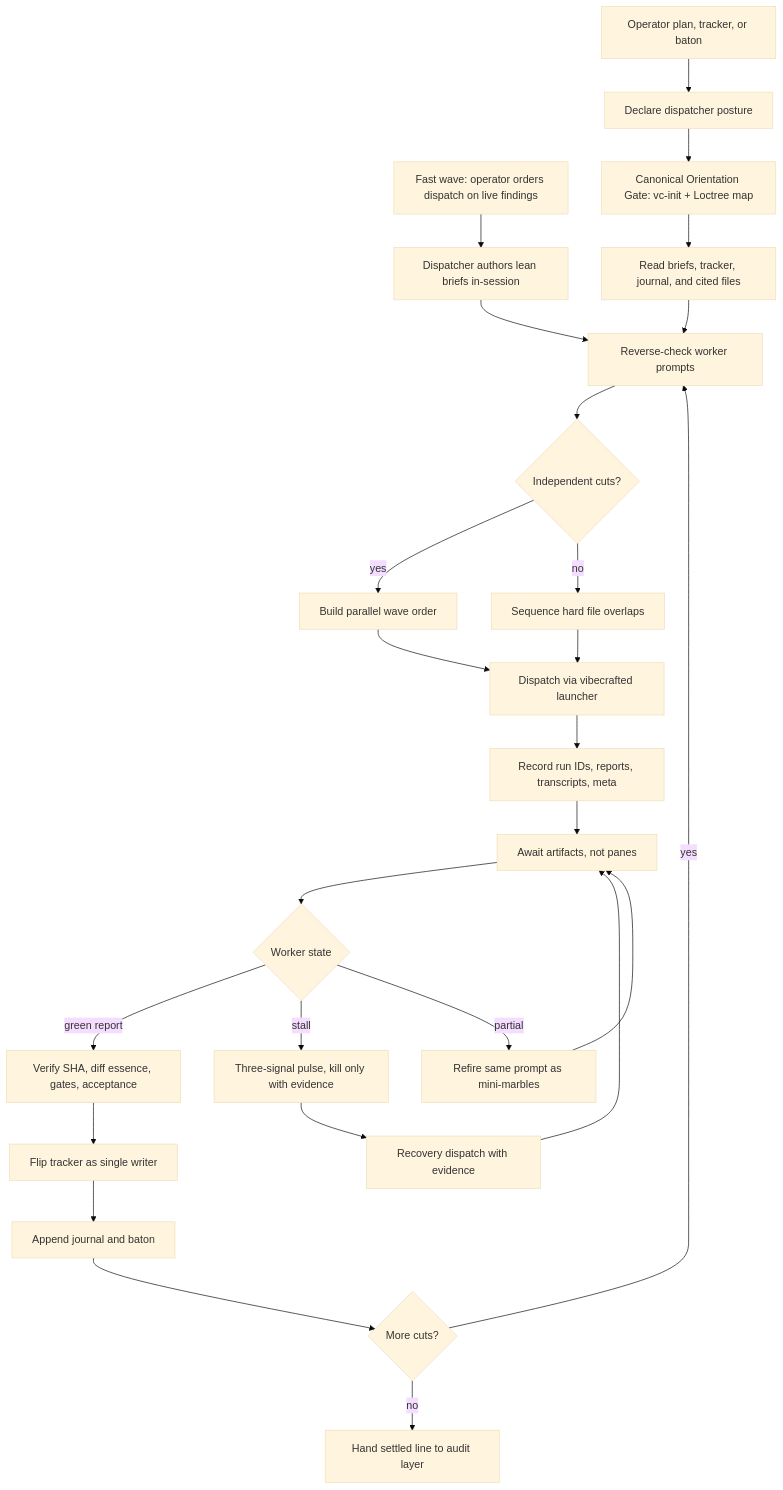
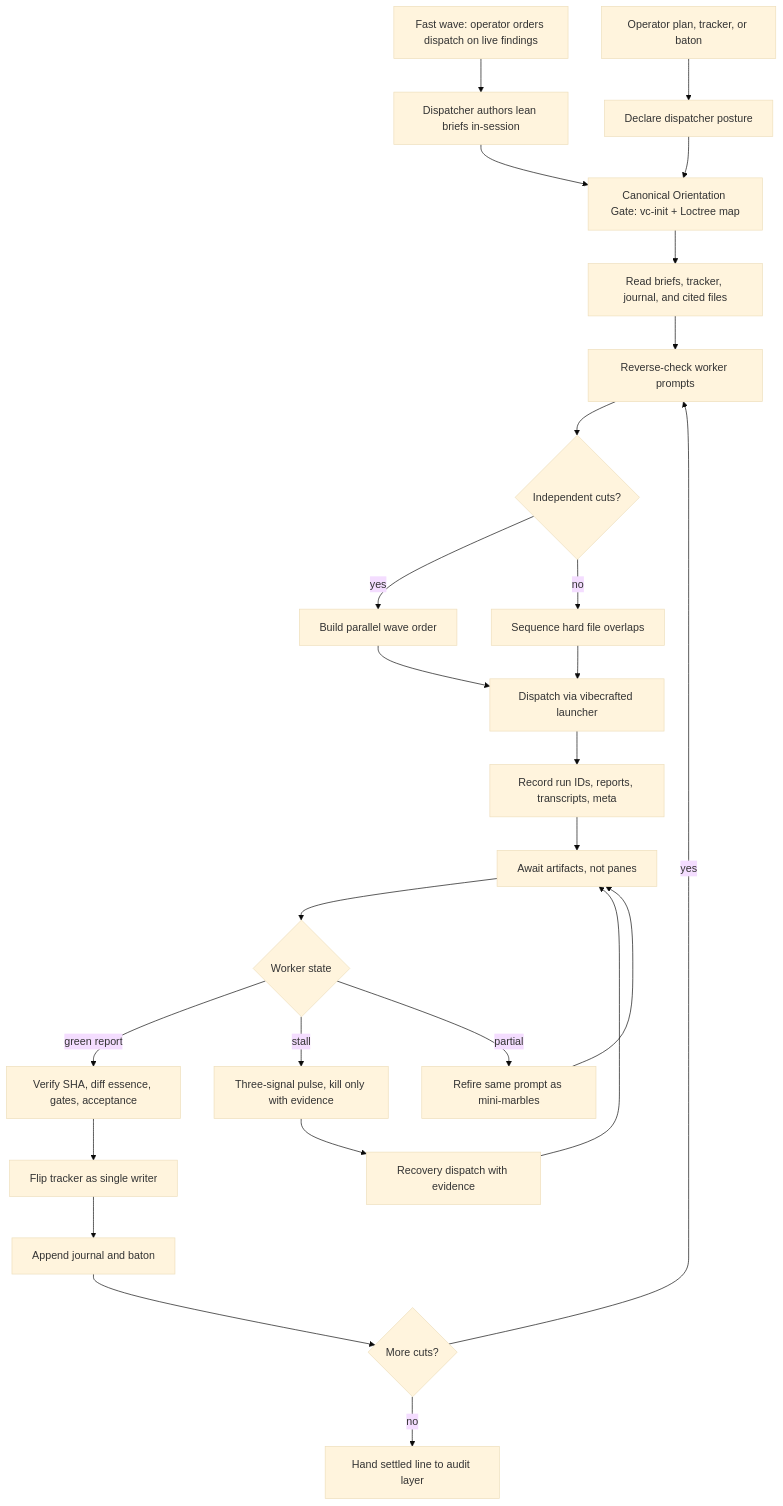
The diagram in vibecrafted-core/vibecrafted_core/skills/vc-dispatch/FLOW.md (VetCoders/vibecrafted), drawn with Mermaid (base theme) before and after one commit. The commit also changed 4 other files, not shown here.

First line of the commit message:
[claude/interactive] fix(vc-dispatch): review fixes — orientation gate in fast-wave flow, pinned SHA in substrate, PL glossary

````diff
--- a/vibecrafted-core/vibecrafted_core/skills/vc-dispatch/FLOW.md
+++ b/vibecrafted-core/vibecrafted_core/skills/vc-dispatch/FLOW.md
@@ -11,28 +11,28 @@
 ```mermaid
 flowchart TD
     A[Operator plan, tracker, or baton] --> B[Declare dispatcher posture]
     A2[Fast wave: operator orders dispatch on live findings] --> B2[Dispatcher authors lean briefs in-session]
-    B2 --> E
+    B2 --> C
     B --> C[Canonical Orientation Gate: vc-init + Loctree map]
     C --> D[Read briefs, tracker, journal, and cited files]
     D --> E[Reverse-check worker prompts]
     E --> F{Independent cuts?}
     F -->|yes| G[Build parallel wave order]
     F -->|no| H[Sequence hard file overlaps]
     G --> I[Dispatch via vibecrafted launcher]
     H --> I
     I --> J[Record run IDs, reports, transcripts, meta]
     J --> K[Await artifacts, not panes]
     K --> L{Worker state}
     L -->|green report| M[Verify SHA, diff essence, gates, acceptance]
     L -->|stall| N[Three-signal pulse, kill only with evidence]
     L -->|partial| O[Refire same prompt as mini-marbles]
     N --> P[Recovery dispatch with evidence]
     P --> K
     O --> K
     M --> Q[Flip tracker as single writer]
     Q --> R[Append journal and baton]
     R --> S{More cuts?}
     S -->|yes| E
     S -->|no| T[Hand settled line to audit layer]
 ```
````
